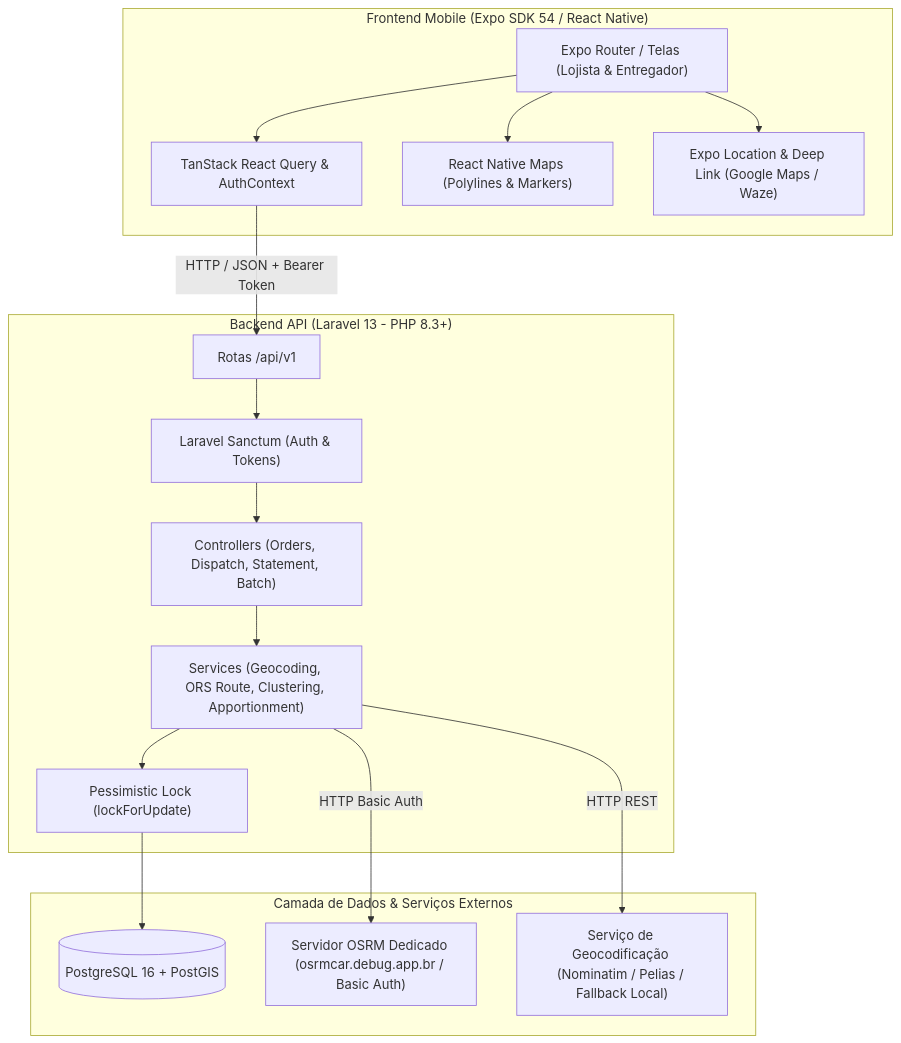
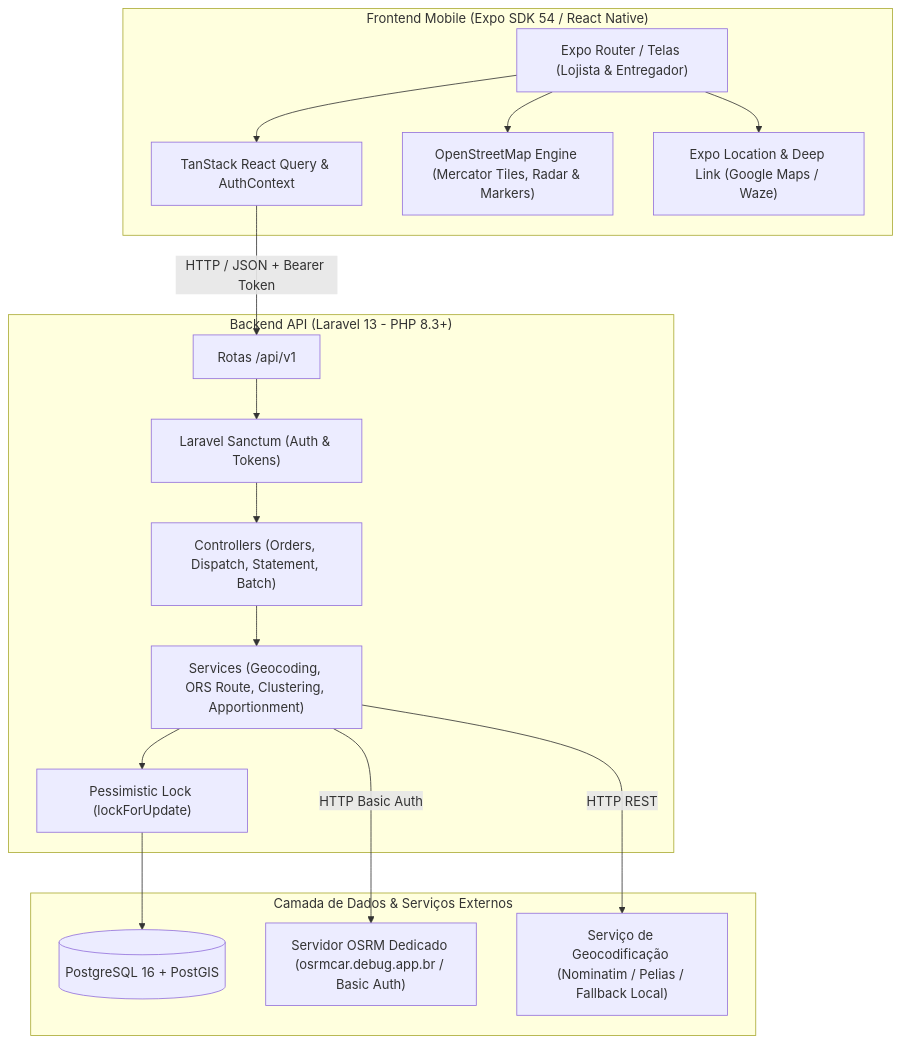
Before and after one commit to LeonardoTosinPR/Zarpa: the first of 2 diagrams in docs/ARQUITETURA.md, drawn with Mermaid. The commit also changed other lines of this file and 4 other files, not shown here.

````diff
--- a/docs/ARQUITETURA.md
+++ b/docs/ARQUITETURA.md
@@ -7,35 +7,35 @@
 ```mermaid
 graph TD
     subgraph Mobile ["Frontend Mobile (Expo SDK 54 / React Native)"]
         UI["Expo Router / Telas (Lojista & Entregador)"]
         State["TanStack React Query & AuthContext"]
-        NativeMap["React Native Maps (Polylines & Markers)"]
+        NativeMap["OpenStreetMap Engine (Mercator Tiles, Radar & Markers)"]
         GPS["Expo Location & Deep Link (Google Maps / Waze)"]
     end
 
     subgraph API ["Backend API (Laravel 13 - PHP 8.3+)"]
         Router["Rotas /api/v1"]
         Sanctum["Laravel Sanctum (Auth & Tokens)"]
         Controllers["Controllers (Orders, Dispatch, Statement, Batch)"]
         Services["Services (Geocoding, ORS Route, Clustering, Apportionment)"]
         Lock["Pessimistic Lock (lockForUpdate)"]
     end
 
     subgraph Storage ["Camada de Dados & Serviços Externos"]
         Postgres[("PostgreSQL 16 + PostGIS")]
         OSRM["Servidor OSRM Dedicado (osrmcar.debug.app.br / Basic Auth)"]
         Geocoding["Serviço de Geocodificação (Nominatim / Pelias / Fallback Local)"]
     end
 
     UI --> State
     State -->|HTTP / JSON + Bearer Token| Router
     Router --> Sanctum
     Sanctum --> Controllers
     Controllers --> Services
     Services --> Lock
     Lock --> Postgres
     Services -->|HTTP Basic Auth| OSRM
     Services -->|HTTP REST| Geocoding
     UI --> NativeMap
     UI --> GPS
 ```
````
